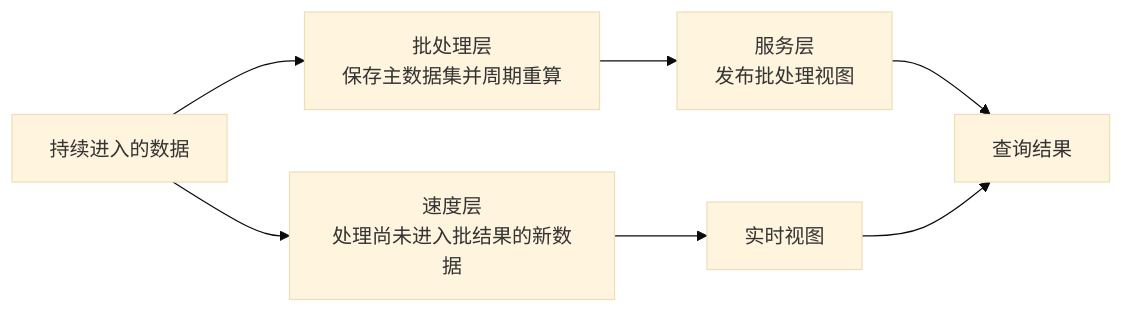
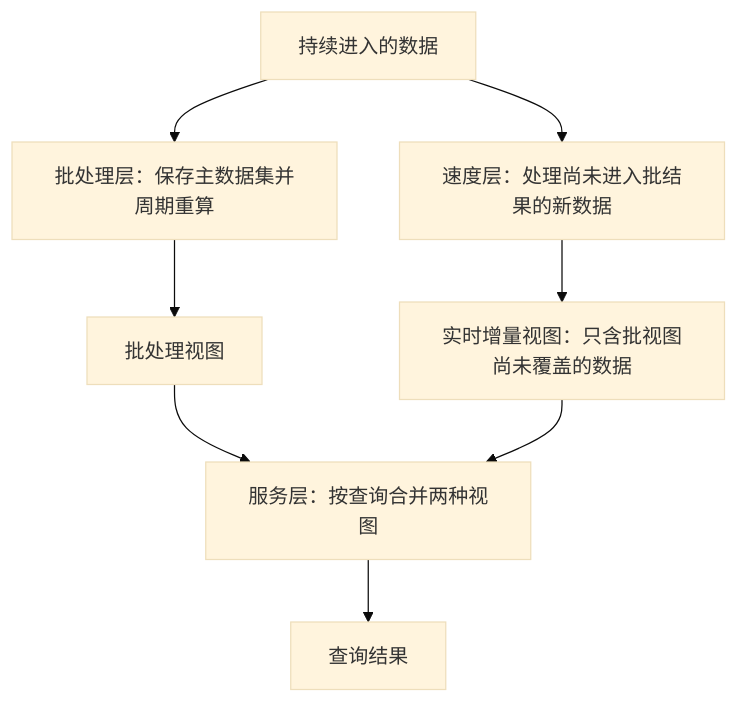
Before and after one commit to 74262195/system-architect-notes: the diagram in 06_架构设计理论与实践/08_大数据架构/02_Lambda架构：为什么同时保留批处理层和速度层.md, drawn with Mermaid (base theme). The commit also changed other lines of this file and 2 other files, not shown here.

Commit message:
修正 Lambda 查询视图汇合图

````diff
--- a/06_架构设计理论与实践/08_大数据架构/02_Lambda架构：为什么同时保留批处理层和速度层.md
+++ b/06_架构设计理论与实践/08_大数据架构/02_Lambda架构：为什么同时保留批处理层和速度层.md
@@ -44,9 +44,10 @@
 ```mermaid
-flowchart LR
-    A[持续进入的数据] --> B[批处理层<br/>保存主数据集并周期重算]
-    A --> C[速度层<br/>处理尚未进入批结果的新数据]
-    B --> D[服务层<br/>发布批处理视图]
-    C --> E[实时视图]
-    D --> F[查询结果]
+flowchart TD
+    A[持续进入的数据] --> B[批处理层：保存主数据集并周期重算]
+    A --> C[速度层：处理尚未进入批结果的新数据]
+    B --> D[批处理视图]
+    C --> E[实时增量视图：只含批视图尚未覆盖的数据]
+    D --> F[服务层：按查询合并两种视图]
     E --> F
+    F --> G[查询结果]
 ```
````
